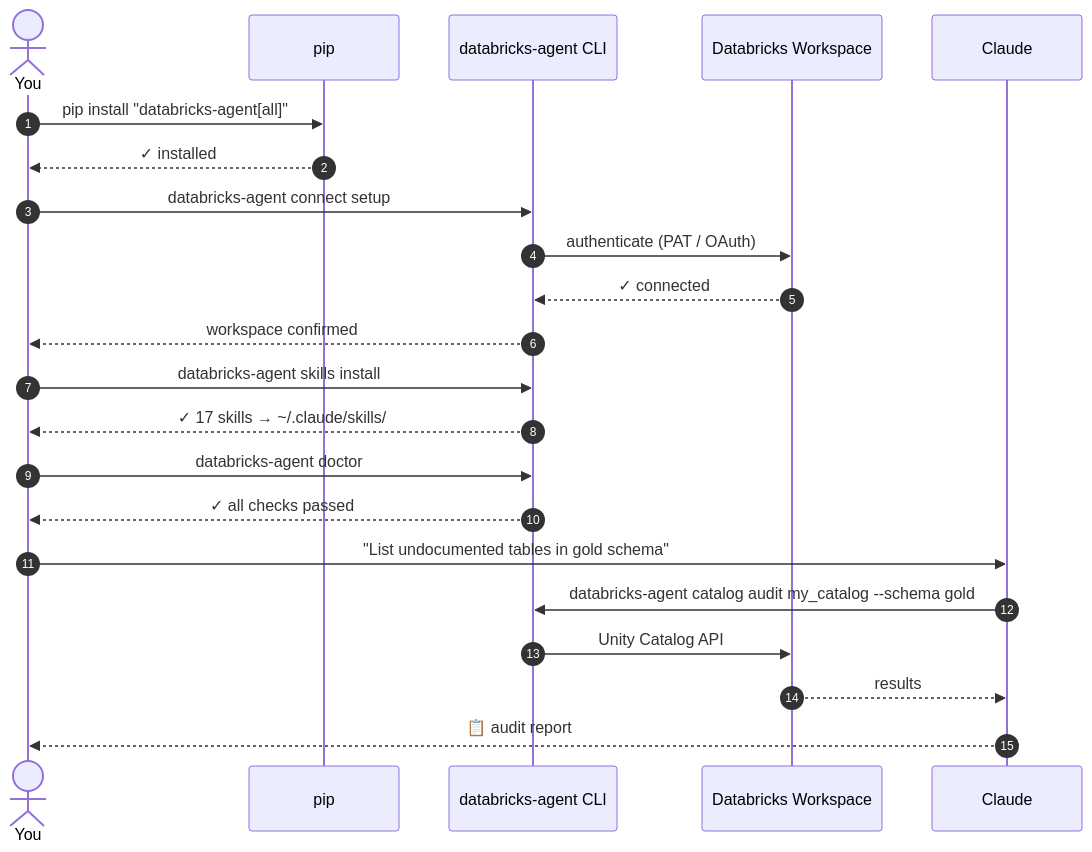
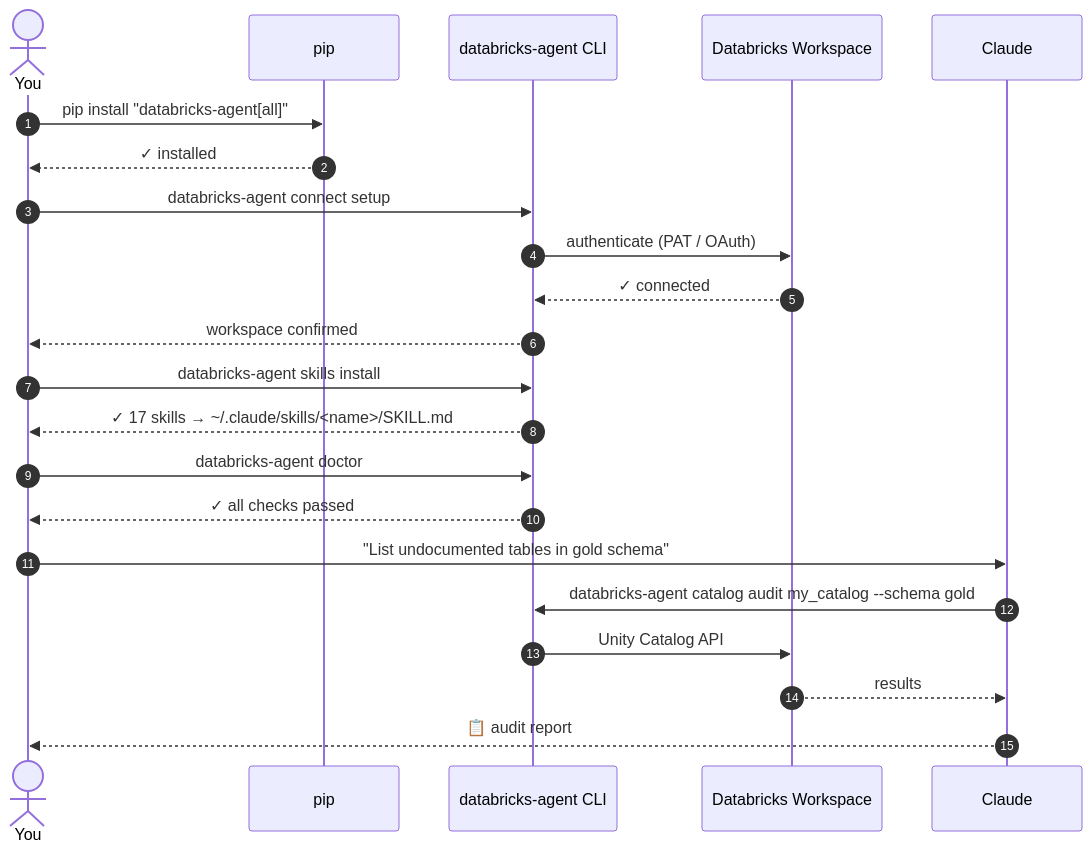
Before and after one commit to santoshkanthety/databricks-agent: the third of 6 diagrams in README.md, drawn with Mermaid. The commit also changed other lines of this file and 41 other files, not shown here.

First line of the commit message:
feat: canonical SKILL.md layout + schema shared with powerbi-agent (#2)

````diff
--- a/README.md
+++ b/README.md
@@ -205,29 +207,29 @@
 ```mermaid
 sequenceDiagram
     autonumber
     actor You
     participant pip
     participant CLI as databricks-agent CLI
     participant WS as Databricks Workspace
     participant Claude
 
     You->>pip: pip install "databricks-agent[all]"
     pip-->>You: ✓ installed
 
     You->>CLI: databricks-agent connect setup
     CLI->>WS: authenticate (PAT / OAuth)
     WS-->>CLI: ✓ connected
     CLI-->>You: workspace confirmed
 
     You->>CLI: databricks-agent skills install
-    CLI-->>You: ✓ 17 skills → ~/.claude/skills/
+    CLI-->>You: ✓ 17 skills → ~/.claude/skills/<name>/SKILL.md
 
     You->>CLI: databricks-agent doctor
     CLI-->>You: ✓ all checks passed
 
     You->>Claude: "List undocumented tables in gold schema"
     Claude->>CLI: databricks-agent catalog audit my_catalog --schema gold
     CLI->>WS: Unity Catalog API
     WS-->>Claude: results
     Claude-->>You: 📋 audit report
 ```
````
